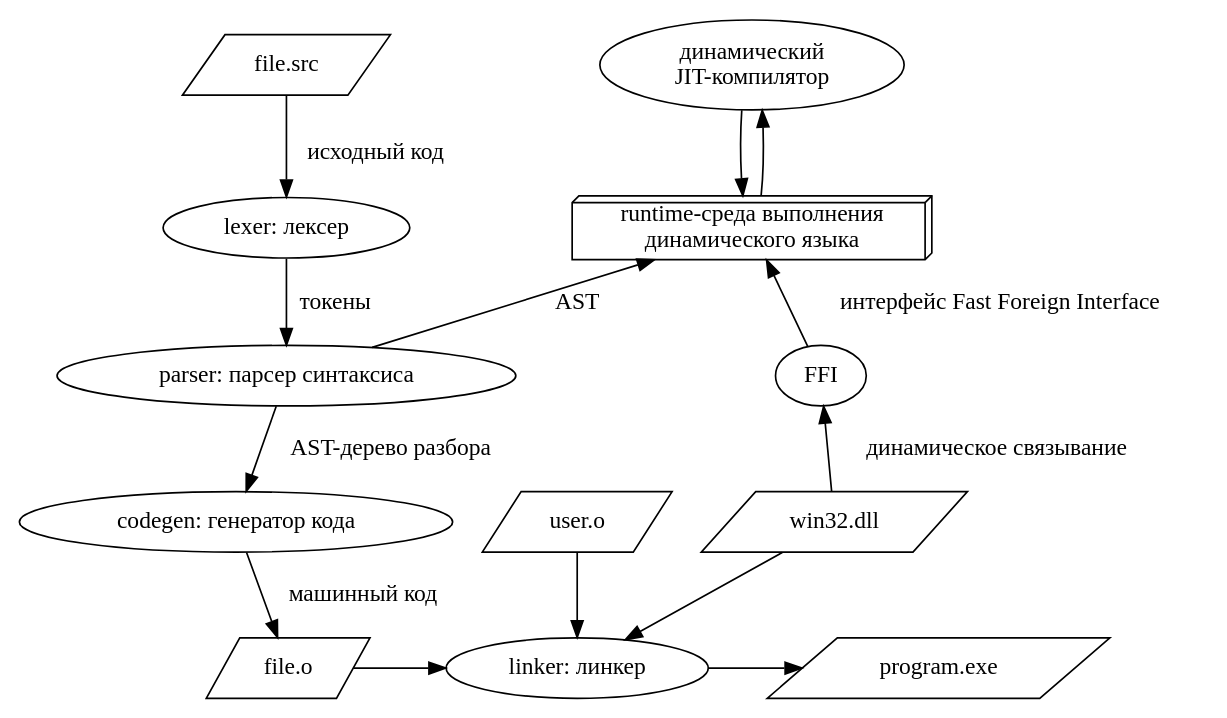
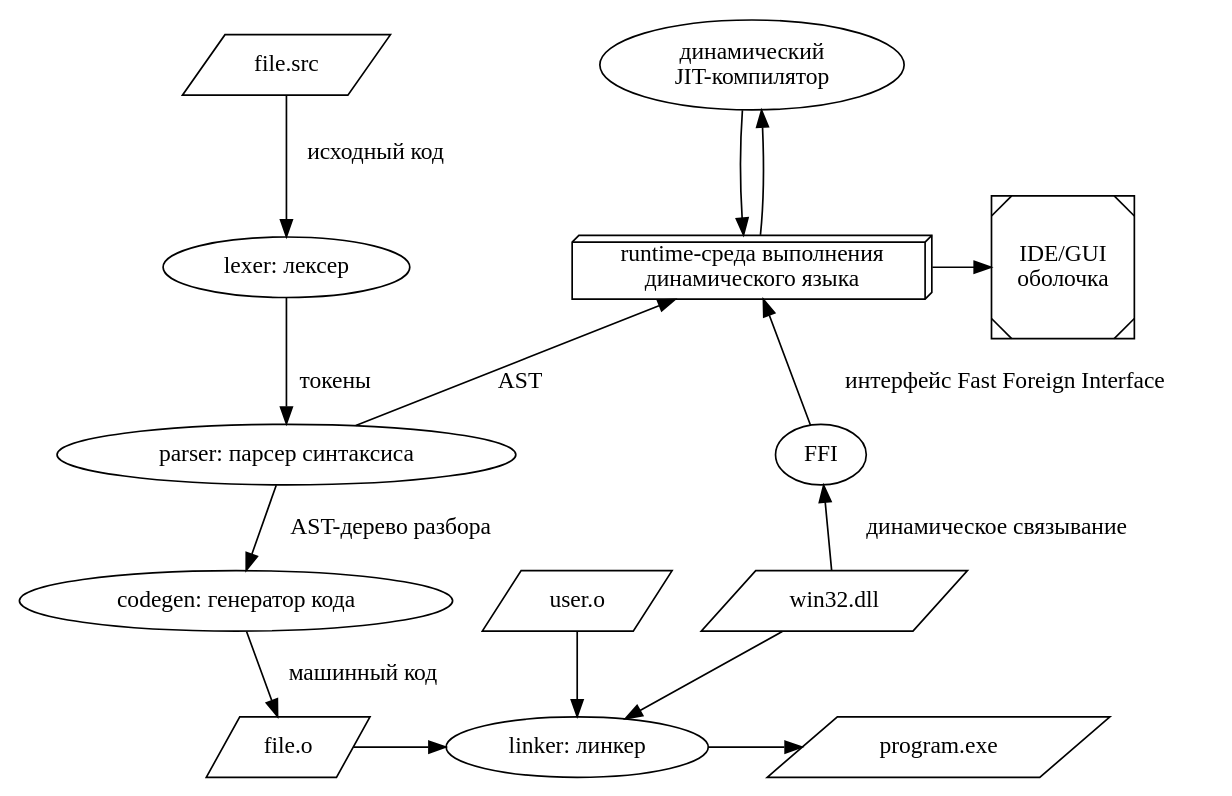
The diagram in doc/struct.dot (ponyatov/script), drawn with Graphviz before and after one commit. The commit also changed 4 other files, not shown here.

```diff
--- a/doc/struct.dot
+++ b/doc/struct.dot
@@ -1,23 +1,25 @@
 digraph {
 "file.src" -> lexer [label="\ исходный код"];
 lexer [label="lexer: лексер"];
 lexer -> parser [label="\ токены"];
 parser [label="parser: парсер синтаксиса"];
 parser -> codegen [label="\ AST-дерево разбора"];
 codegen [label="codegen: генератор кода"];
 codegen -> "file.o" [label="\ машинный код"];
 "file.src","file.o","user.o","win32.dll","program.exe" [shape=parallelogram];
 parser -> dyna  [label="\ AST"];
 {rank=same; lexer; dyna }
 {rank=same; parser; FFI; }
 jit [label="динамический\nJIT-компилятор"];
 dyna [label="runtime-среда выполнения\nдинамического языка",shape=box3d];
 dyna -> jit -> dyna;
 { rank=same; "file.o" -> linker -> "program.exe"; }
 "user.o","win32.dll" -> linker;
 linker [label="linker: линкер"];
 {rank=same; "file.src"; jit; }
 "win32.dll" -> FFI [label="\ динамическое связывание"];
 FFI-> dyna [label="\ интерфейс Fast Foreign Interface"];
 {rank=same; codegen; "user.o"; "win32.dll"; }
+{rank=same; dyna -> shell ; shell [label="IDE/GUI\nоболочка"];}
+shell [shape=Msquare];
 }
```
